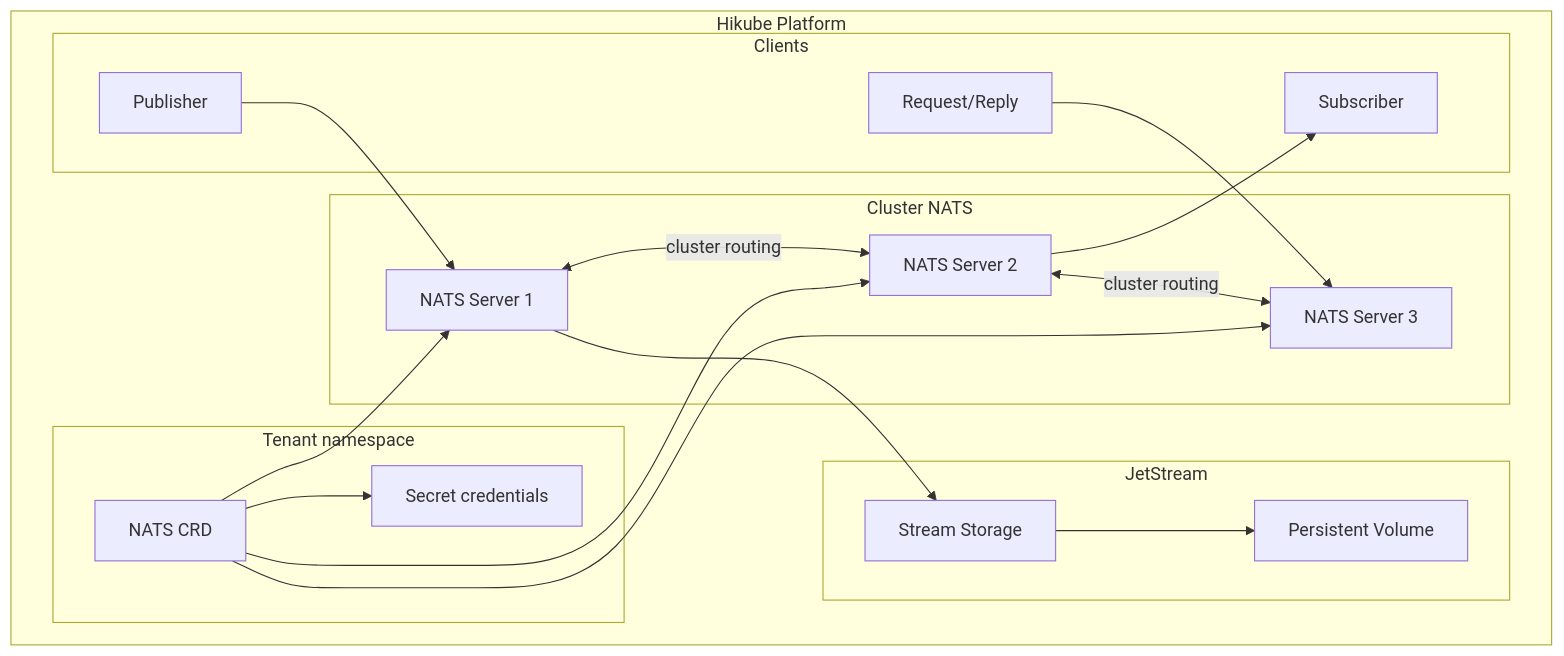
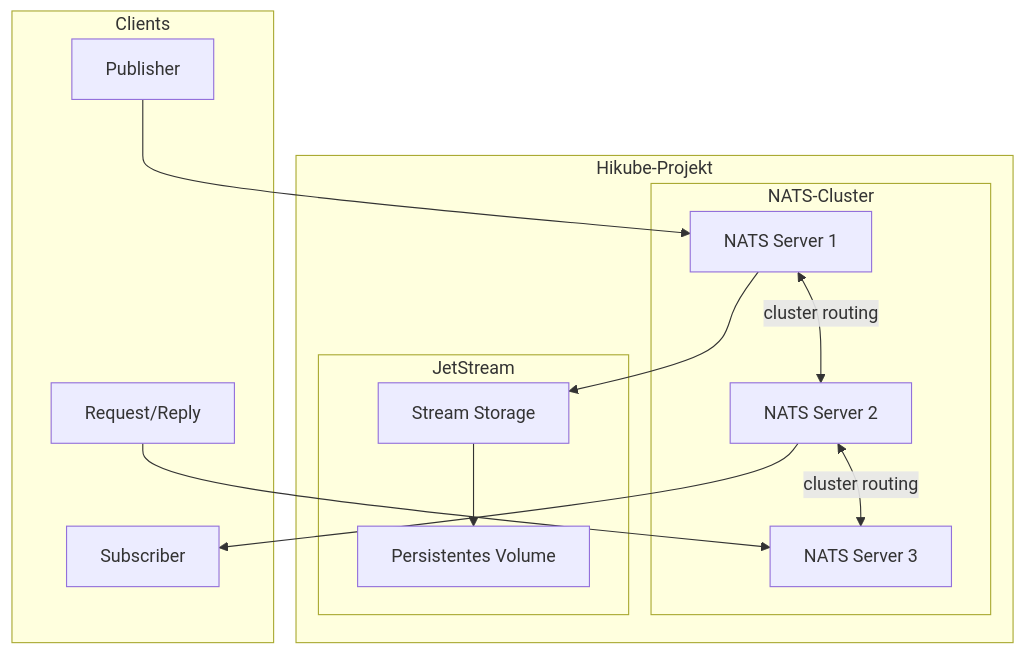
The first of 4 diagrams in i18n/de/docusaurus-plugin-content-docs/current/services/messaging/nats/concepts.md (HidoraSwiss/hikube-public-doc), drawn with Mermaid before and after one commit. The commit also changed other lines of this file and 148 other files, not shown here.

````diff
--- a/i18n/de/docusaurus-plugin-content-docs/current/services/messaging/nats/concepts.md
+++ b/i18n/de/docusaurus-plugin-content-docs/current/services/messaging/nats/concepts.md
@@ -12,38 +17,29 @@
 ```mermaid
 graph TB
-    subgraph "Hikube Platform"
-        subgraph "Tenant namespace"
-            CR[NATS CRD]
-            SEC[Secret credentials]
-        end
-
-        subgraph "Cluster NATS"
+    subgraph "Hikube-Projekt"
+        subgraph "NATS-Cluster"
             N1[NATS Server 1]
             N2[NATS Server 2]
             N3[NATS Server 3]
         end
 
         subgraph "JetStream"
             JS[Stream Storage]
-            PV[Persistent Volume]
-        end
-
-        subgraph "Clients"
-            PUB[Publisher]
-            SUB[Subscriber]
-            REQ[Request/Reply]
+            PV[Persistentes Volume]
         end
     end
 
-    CR --> N1
-    CR --> N2
-    CR --> N3
+    subgraph "Clients"
+        PUB[Publisher]
+        SUB[Subscriber]
+        REQ[Request/Reply]
+    end
+
     N1 <-->|cluster routing| N2
     N2 <-->|cluster routing| N3
     N1 --> JS
     JS --> PV
     PUB --> N1
     N2 --> SUB
     REQ --> N3
-    CR --> SEC
 ```
````
